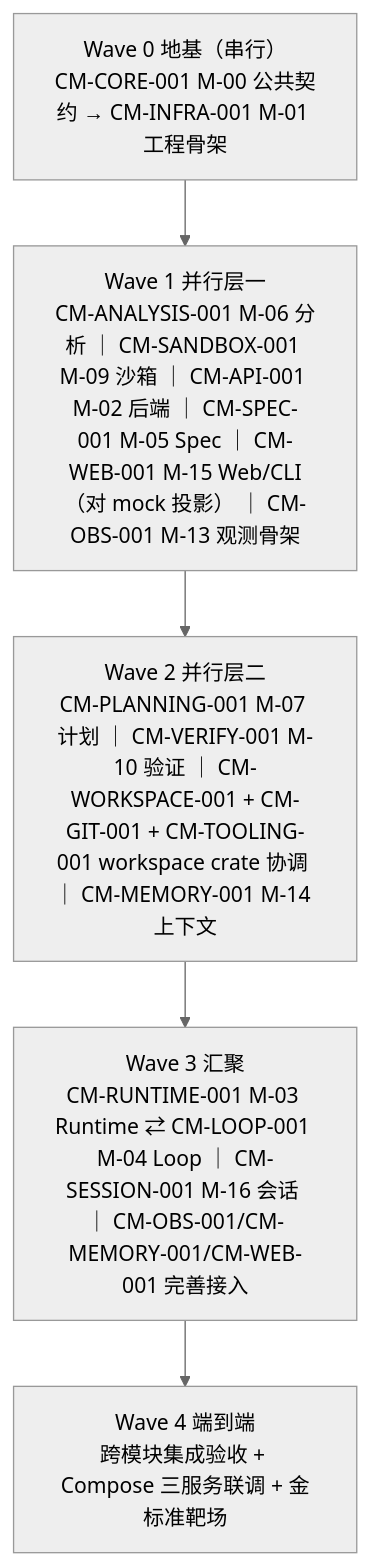
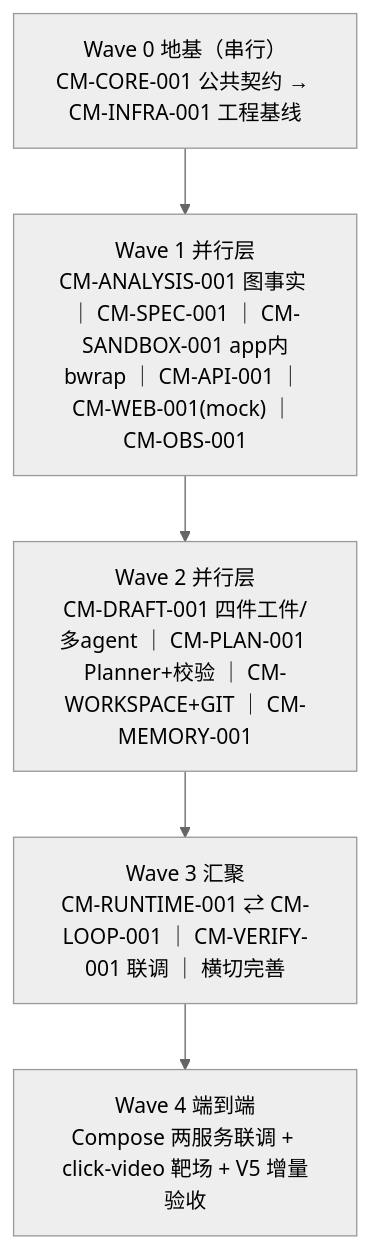
One commit to LT0X/CodeMigrator changed the fourth of 4 diagrams in my_space/codemigrator_dev_progress/CodeMigrator开发任务规划与进度跟踪.md. Above: the diagram before and after it, drawn with Mermaid (neutral theme). The commit also changed other lines of this file and 55 other files, not shown here.

````diff
--- a/my_space/codemigrator_dev_progress/CodeMigrator开发任务规划与进度跟踪.md
+++ b/my_space/codemigrator_dev_progress/CodeMigrator开发任务规划与进度跟踪.md
@@ -315,10 +323,10 @@
 ```mermaid
 flowchart TD
-    W0["Wave 0 地基（串行）<br/>CM-CORE-001 M-00 公共契约 → CM-INFRA-001 M-01 工程骨架"]
-    W1["Wave 1 并行层一<br/>CM-ANALYSIS-001 M-06 分析 ｜ CM-SANDBOX-001 M-09 沙箱 ｜ CM-API-001 M-02 后端 ｜ CM-SPEC-001 M-05 Spec ｜ CM-WEB-001 M-15 Web/CLI（对 mock 投影） ｜ CM-OBS-001 M-13 观测骨架"]
-    W2["Wave 2 并行层二<br/>CM-PLANNING-001 M-07 计划 ｜ CM-VERIFY-001 M-10 验证 ｜ CM-WORKSPACE-001 + CM-GIT-001 + CM-TOOLING-001 workspace crate 协调 ｜ CM-MEMORY-001 M-14 上下文"]
-    W3["Wave 3 汇聚<br/>CM-RUNTIME-001 M-03 Runtime ⇄ CM-LOOP-001 M-04 Loop ｜ CM-SESSION-001 M-16 会话 ｜ CM-OBS-001/CM-MEMORY-001/CM-WEB-001 完善接入"]
-    W4["Wave 4 端到端<br/>跨模块集成验收 + Compose 三服务联调 + 金标准靶场"]
+    W0["Wave 0 地基（串行）<br/>CM-CORE-001 公共契约 → CM-INFRA-001 工程基线"]
+    W1["Wave 1 并行层<br/>CM-ANALYSIS-001 图事实 ｜ CM-SPEC-001 ｜ CM-SANDBOX-001 app内bwrap ｜ CM-API-001 ｜ CM-WEB-001(mock) ｜ CM-OBS-001"]
+    W2["Wave 2 并行层<br/>CM-DRAFT-001 四件工件/多agent ｜ CM-PLAN-001 Planner+校验 ｜ CM-WORKSPACE+GIT ｜ CM-MEMORY-001"]
+    W3["Wave 3 汇聚<br/>CM-RUNTIME-001 ⇄ CM-LOOP-001 ｜ CM-VERIFY-001 联调 ｜ 横切完善"]
+    W4["Wave 4 端到端<br/>Compose 两服务联调 + click-video 靶场 + V5 增量验收"]
 
     W0 --> W1 --> W2 --> W3 --> W4
 ```
````
